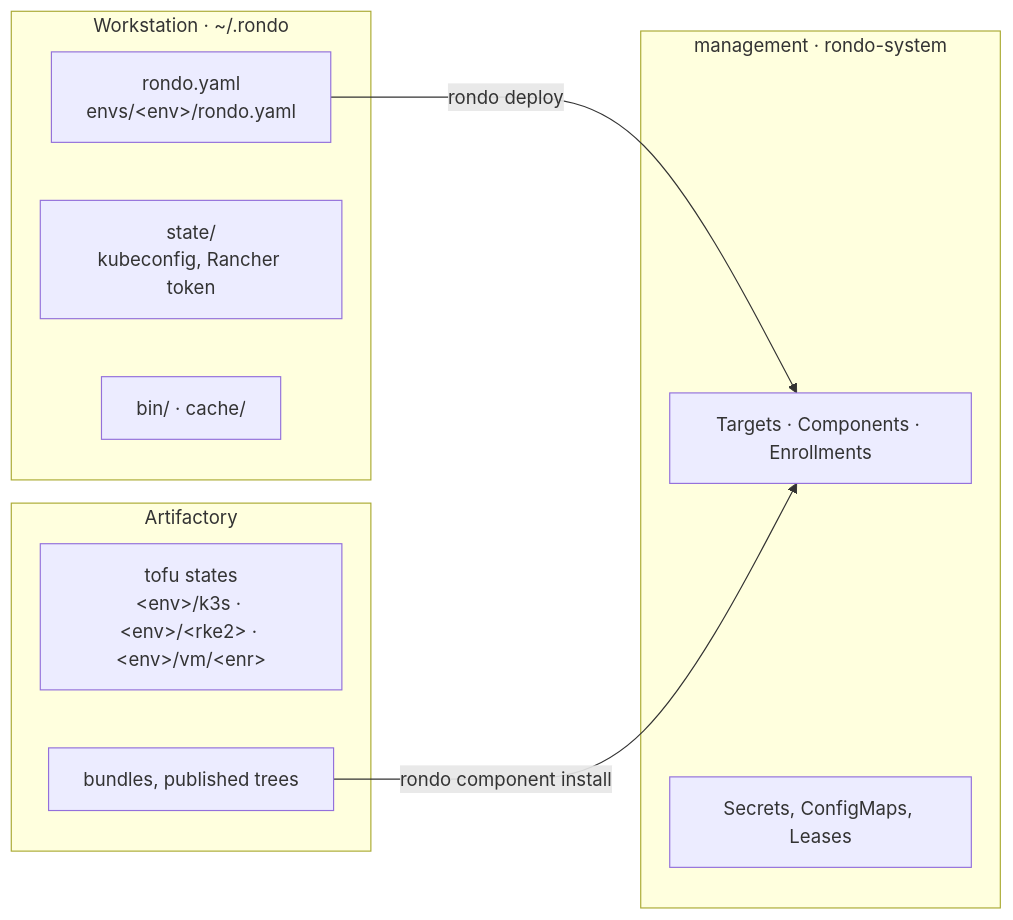
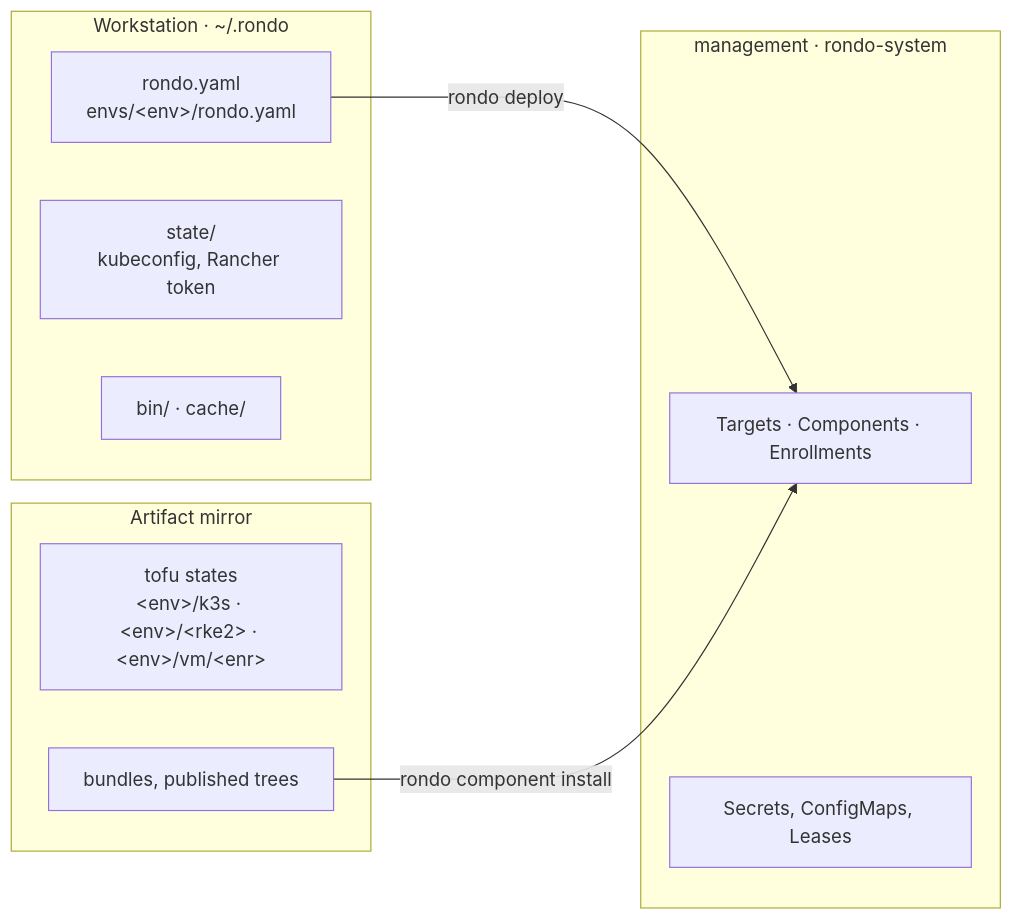
One commit to ouafeul/rondo changed the second of 2 diagrams in docs/src/content/docs/concepts/architecture.mdx. Above: the diagram before and after it, drawn with Mermaid. The commit also changed 111 other files, not shown here.

````diff
--- a/docs/src/content/docs/concepts/architecture.mdx
+++ b/docs/src/content/docs/concepts/architecture.mdx
@@ -75,18 +75,18 @@
 ```mermaid
 flowchart LR
   subgraph ws["Workstation · ~/.rondo"]
     Y["rondo.yaml<br/>envs/#lt;env#gt;/rondo.yaml"]
     S["state/<br/>kubeconfig, Rancher token"]
     B["bin/ · cache/"]
   end
-  subgraph arti["Artifactory"]
+  subgraph arti["Artifact mirror"]
     TS["tofu states<br/>#lt;env#gt;/k3s · #lt;env#gt;/#lt;rke2#gt; · #lt;env#gt;/vm/#lt;enr#gt;"]
     G["bundles, published trees"]
   end
   subgraph k["management · rondo-system"]
     O["Targets · Components · Enrollments"]
     SE["Secrets, ConfigMaps, Leases"]
   end
   Y -- "rondo deploy" --> O
   G -- "rondo component install" --> O
 ```
````
